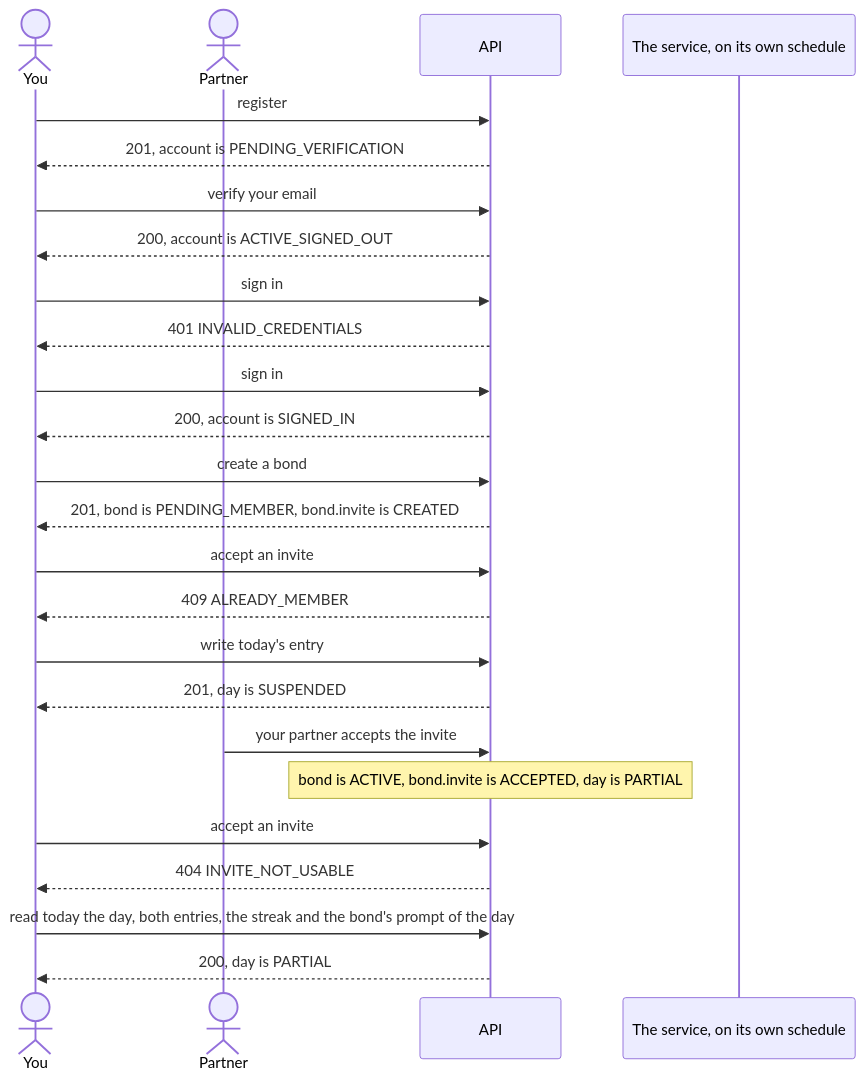
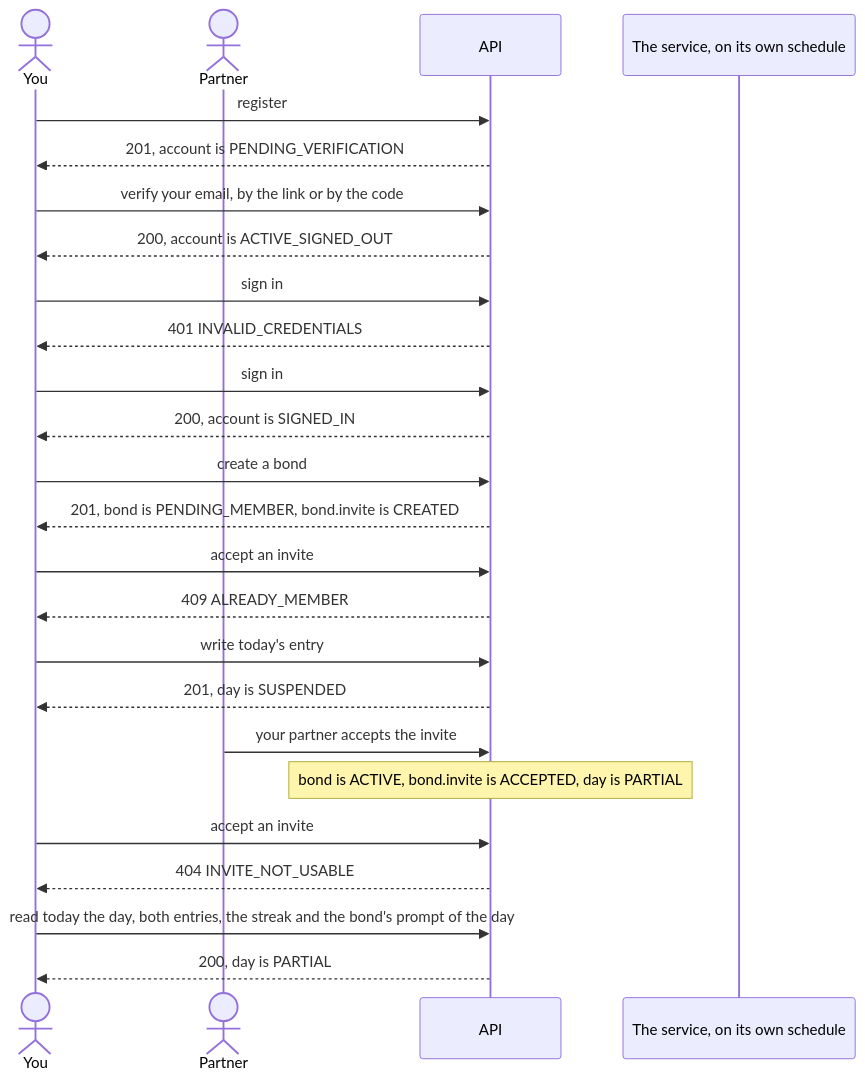
The first of 5 diagrams in docs/state-map/journeys.md (Ayodeji97/moyi-backend), drawn with Mermaid before and after one commit. The commit also changed other lines of this file and 39 other files, not shown here.

First line of the commit message:
feat(identity): verify email and reset password by a six-digit code

````diff
--- a/docs/state-map/journeys.md
+++ b/docs/state-map/journeys.md
@@ -23,27 +23,27 @@
 ```mermaid
 sequenceDiagram
     actor You
     actor Partner
     participant API
     participant Job as The service, on its own schedule
     You->>API: register
     API-->>You: 201, account is PENDING_VERIFICATION
-    You->>API: verify your email
+    You->>API: verify your email, by the link or by the code
     API-->>You: 200, account is ACTIVE_SIGNED_OUT
     You->>API: sign in
     API-->>You: 401 INVALID_CREDENTIALS
     You->>API: sign in
     API-->>You: 200, account is SIGNED_IN
     You->>API: create a bond
     API-->>You: 201, bond is PENDING_MEMBER, bond.invite is CREATED
     You->>API: accept an invite
     API-->>You: 409 ALREADY_MEMBER
     You->>API: write today's entry
     API-->>You: 201, day is SUSPENDED
     Partner->>API: your partner accepts the invite
     Note over API: bond is ACTIVE, bond.invite is ACCEPTED, day is PARTIAL
     You->>API: accept an invite
     API-->>You: 404 INVITE_NOT_USABLE
     You->>API: read today the day, both entries, the streak and the bond's prompt of the day
     API-->>You: 200, day is PARTIAL
 ```
````
